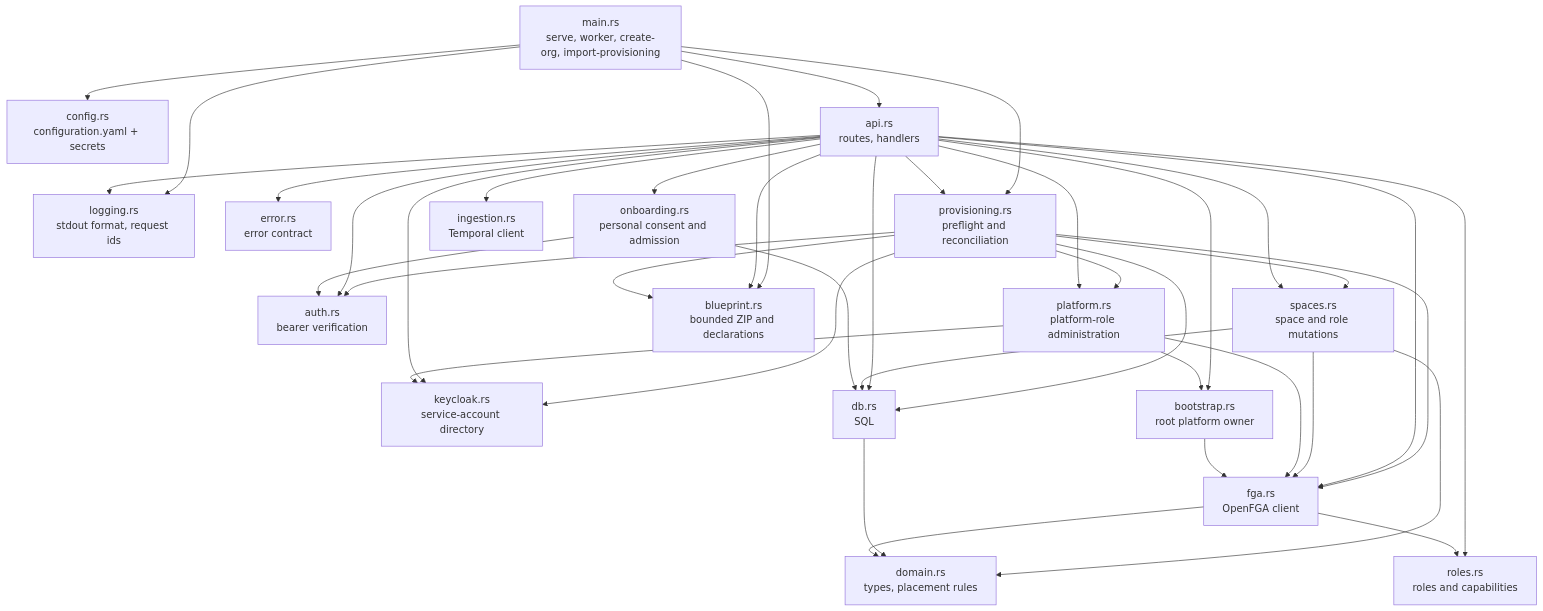
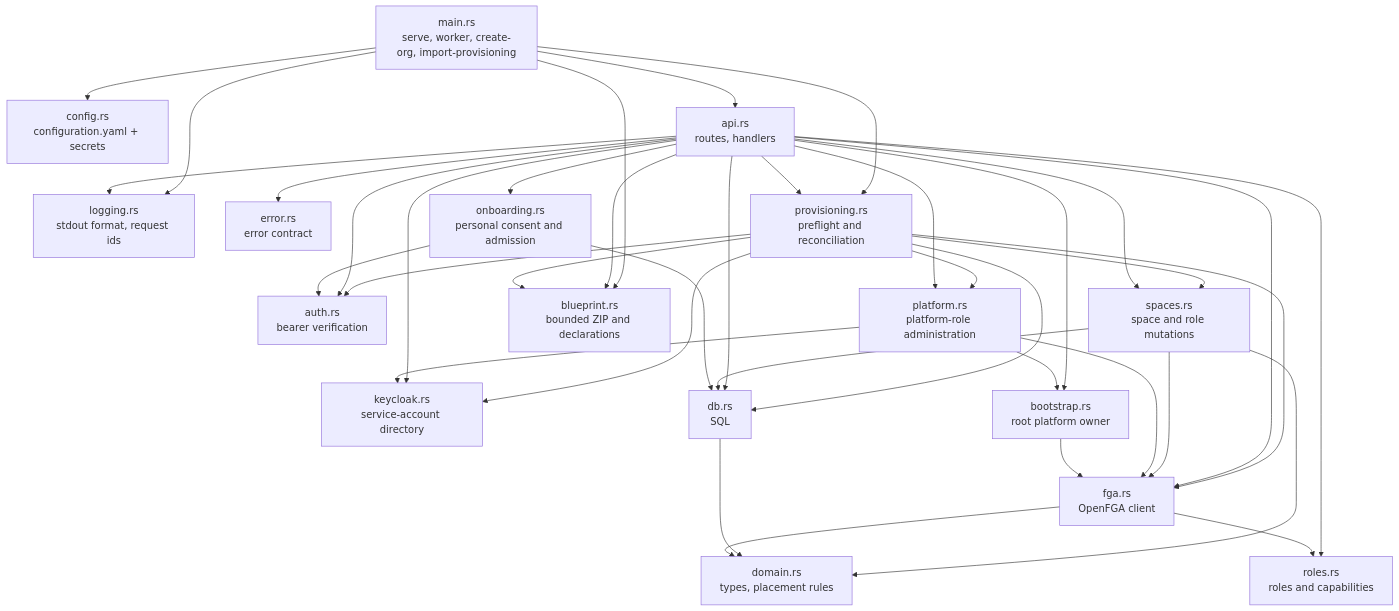
One commit to ThalesGroup/fred changed the second of 9 diagrams in docs/architecture/A1-manager-runtime.md. Above: the diagram before and after it, drawn with Mermaid. The commit also changed other lines of this file and 38 other files, not shown here.

````diff
--- a/docs/architecture/A1-manager-runtime.md
+++ b/docs/architecture/A1-manager-runtime.md
@@ -46,35 +48,34 @@
 ```mermaid
 flowchart TB
     main["main.rs<br/>serve, worker, create-org, import-provisioning"]
     config["config.rs<br/>configuration.yaml + secrets"]
     logging["logging.rs<br/>stdout format, request ids"]
     api["api.rs<br/>routes, handlers"]
     auth["auth.rs<br/>bearer verification"]
     error["error.rs<br/>error contract"]
     spaces["spaces.rs<br/>space and role mutations"]
     provisioning["provisioning.rs<br/>preflight and reconciliation"]
     blueprint["blueprint.rs<br/>bounded ZIP and declarations"]
     platform["platform.rs<br/>platform-role administration"]
     roles["roles.rs<br/>roles and capabilities"]
     directory["keycloak.rs<br/>service-account directory"]
     onboarding["onboarding.rs<br/>personal consent and admission"]
     bootstrap["bootstrap.rs<br/>root platform owner"]
     domain["domain.rs<br/>types, placement rules"]
     db["db.rs<br/>SQL"]
     fga["fga.rs<br/>OpenFGA client"]
-    ingestion["ingestion.rs<br/>Temporal client"]
 
     main --> config & logging & api & provisioning & blueprint
     api --> provisioning & blueprint
     provisioning --> blueprint
     provisioning --> auth & platform & directory & db & fga & spaces
-    api --> auth & error & spaces & bootstrap & db & fga & ingestion & logging
+    api --> auth & error & spaces & bootstrap & db & fga & logging
     spaces --> domain & db & fga
     api --> platform & roles & directory & onboarding
     onboarding --> auth & db
     platform --> bootstrap & directory & fga
     fga --> roles
     bootstrap --> fga
     db --> domain
     fga --> domain
 ```
````
